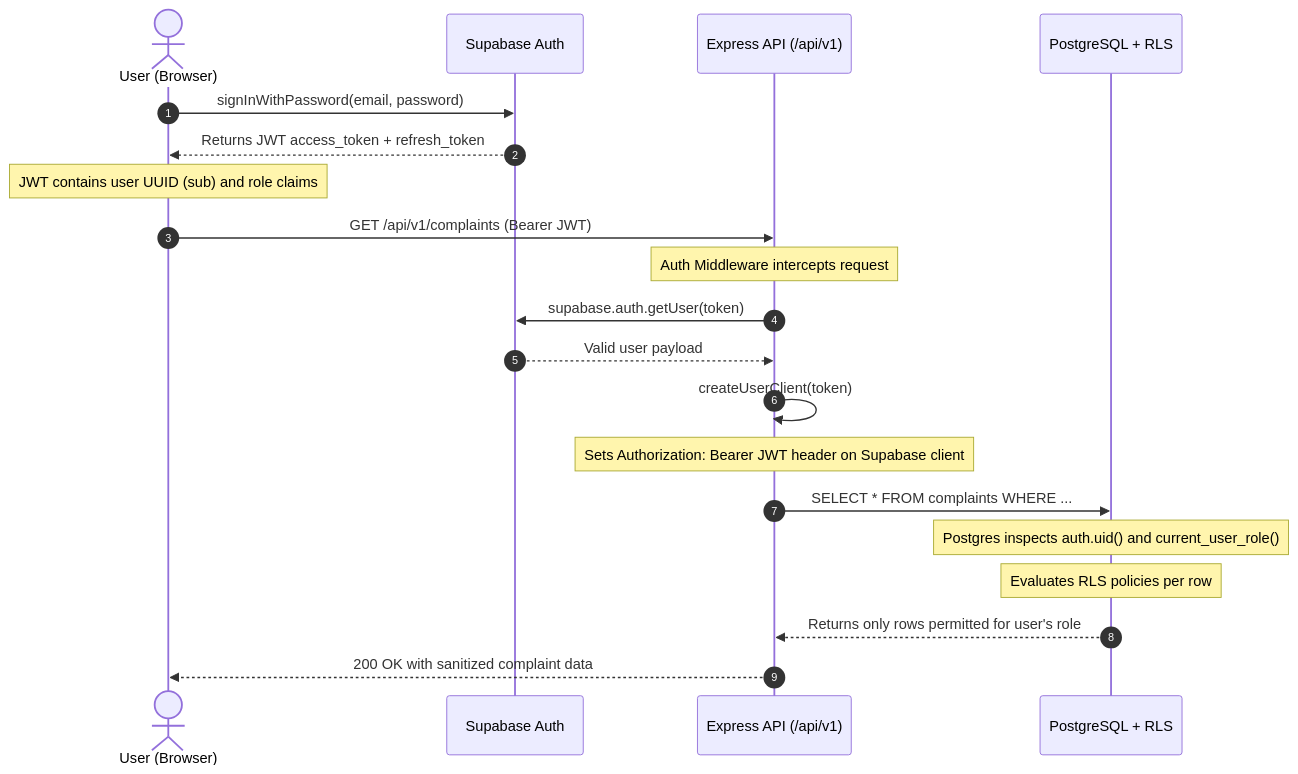
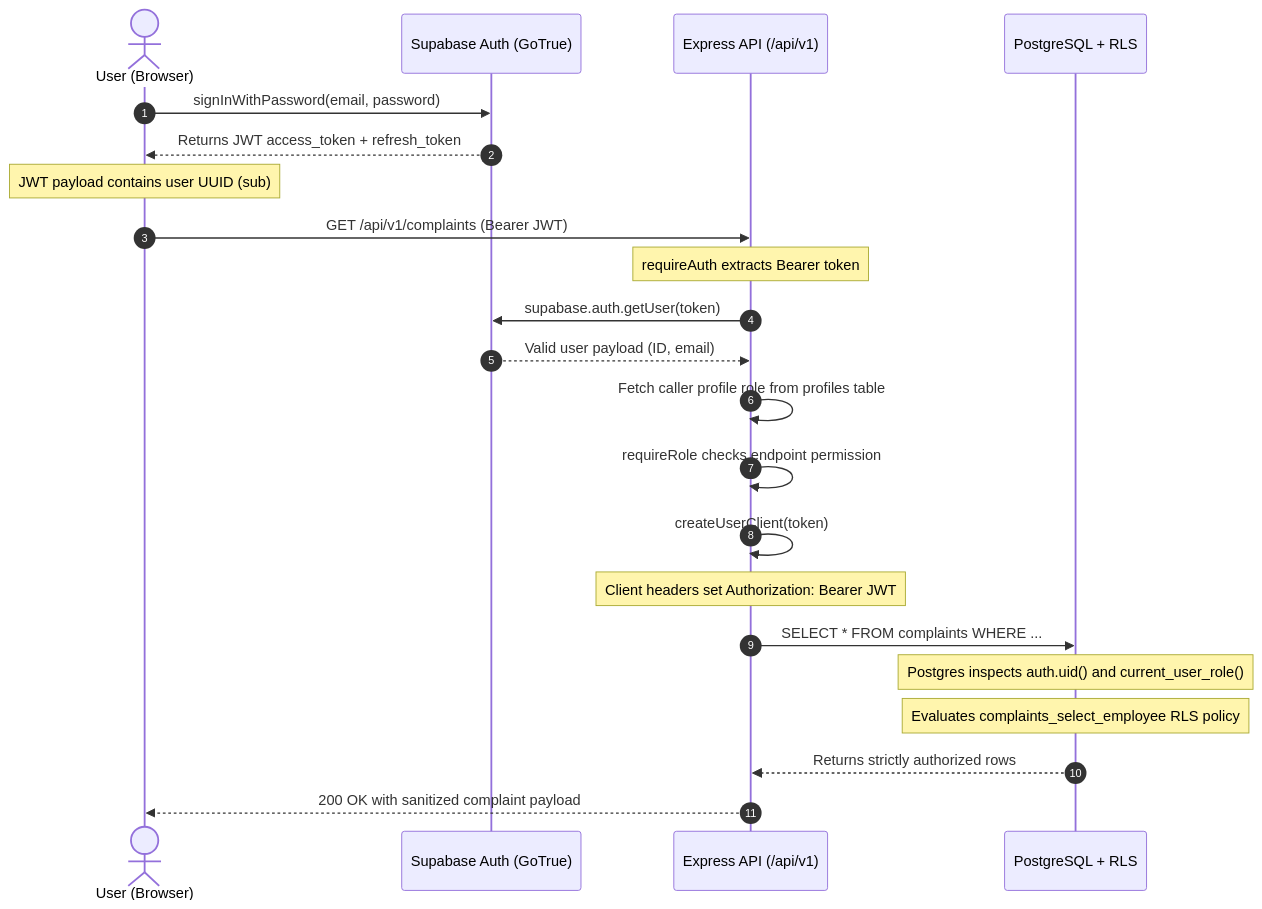
One commit to gsiddharthrao/ComplaintEase changed the second of 6 diagrams in docs/ARCHITECTURE.md. Above: the diagram before and after it, drawn with Mermaid. The commit also changed other lines of this file and 30 other files, not shown here.

Commit message:
feat(security,docs): finalize specialist workflow hardening, complete architecture study guide, and synchronize documentation

````diff
--- a/docs/ARCHITECTURE.md
+++ b/docs/ARCHITECTURE.md
@@ -58,27 +82,30 @@
 ```mermaid
 sequenceDiagram
     autonumber
     actor User as User (Browser)
-    participant Auth as Supabase Auth
+    participant Auth as Supabase Auth (GoTrue)
     participant API as Express API (/api/v1)
     participant DB as PostgreSQL + RLS
 
     User->>Auth: signInWithPassword(email, password)
     Auth-->>User: Returns JWT access_token + refresh_token
-    Note over User: JWT contains user UUID (sub) and role claims
+    Note over User: JWT payload contains user UUID (sub)
 
     User->>API: GET /api/v1/complaints (Bearer JWT)
-    Note over API: Auth Middleware intercepts request
+    Note over API: requireAuth extracts Bearer token
 
     API->>Auth: supabase.auth.getUser(token)
-    Auth-->>API: Valid user payload
+    Auth-->>API: Valid user payload (ID, email)
+
+    API->>API: Fetch caller profile role from profiles table
+    API->>API: requireRole checks endpoint permission
 
     API->>API: createUserClient(token)
-    Note over API: Sets Authorization: Bearer JWT header on Supabase client
+    Note over API: Client headers set Authorization: Bearer JWT
 
     API->>DB: SELECT * FROM complaints WHERE ...
     Note over DB: Postgres inspects auth.uid() and current_user_role()
-    Note over DB: Evaluates RLS policies per row
-    DB-->>API: Returns only rows permitted for user's role
-    API-->>User: 200 OK with sanitized complaint data
+    Note over DB: Evaluates complaints_select_employee RLS policy
+    DB-->>API: Returns strictly authorized rows
+    API-->>User: 200 OK with sanitized complaint payload
 ```
````
